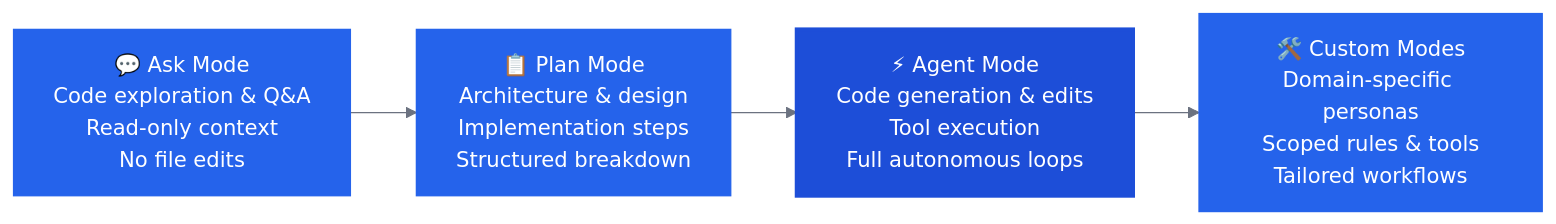
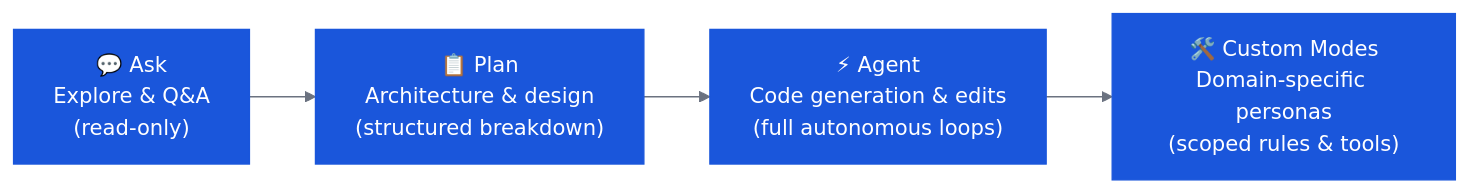
One commit to HalvorIBM/openslava changed the diagram in docs/index.md. Above: the diagram before and after it, drawn with Mermaid. The commit also changed other lines of this file and 3 other files, not shown here.

````diff
--- a/docs/index.md
+++ b/docs/index.md
@@ -59,16 +47,10 @@
 ```mermaid
 %%{init: {'theme': 'base', 'themeVariables': {'primaryColor': '#1a56db', 'primaryTextColor': '#ffffff', 'primaryBorderColor': '#1a56db', 'lineColor': '#6b7280', 'mainBkg': '#1a56db', 'nodeBorder': '#1a56db', 'clusterBkg': '#1e3a5f', 'titleColor': '#ffffff', 'edgeLabelBackground': 'transparent'}}}%%
 flowchart LR
-    Ask["💬 Ask Mode\nCode exploration & Q&A\nRead-only context\nNo file edits"] --> Plan["📋 Plan Mode\nArchitecture & design\nImplementation steps\nStructured breakdown"]
-    Plan --> Agent["⚡ Agent Mode\nCode generation & edits\nTool execution\nFull autonomous loops"]
-    Agent --> Custom["🛠️ Custom Modes\nDomain-specific personas\nScoped rules & tools\nTailored workflows"]
+    Ask["💬 Ask\nExplore & Q&A\n(read-only)"] --> Plan["📋 Plan\nArchitecture & design\n(structured breakdown)"]
+    Plan --> Agent["⚡ Agent\nCode generation & edits\n(full autonomous loops)"]
+    Agent --> Custom["🛠️ Custom Modes\nDomain-specific personas\n(scoped rules & tools)"]
 
     classDef node fill:#1a56db,color:#fff,stroke:#1a56db
-    classDef secondary fill:#2563eb,color:#fff,stroke:#2563eb
-    classDef highlight fill:#1d4ed8,color:#fff,stroke:#1d4ed8,stroke-width:3px
-
-    class Ask secondary
-    class Plan secondary
-    class Agent highlight
-    class Custom secondary
+    class Ask,Plan,Agent,Custom node
 ```
````
